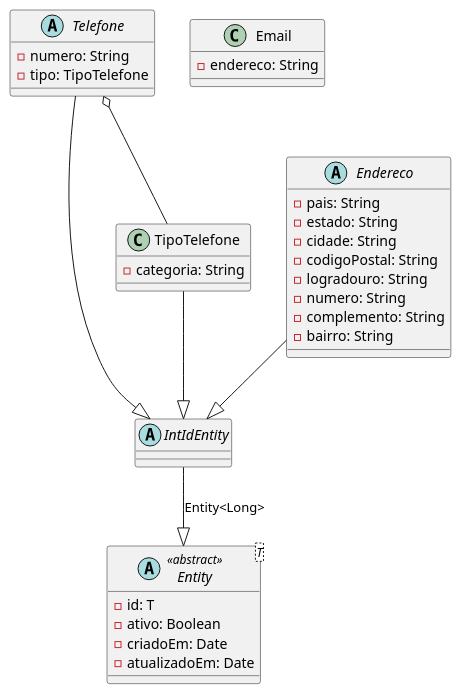
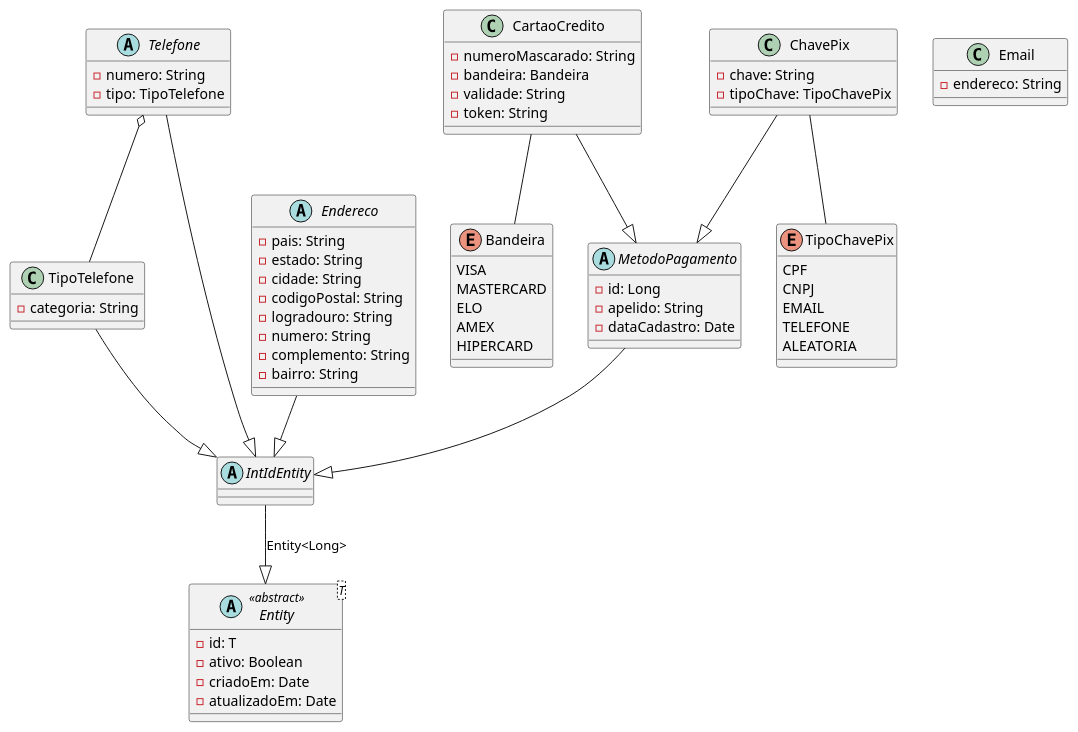
The diagram in docs/classes/core/shared/domain/main.puml (Wesley0010012/DSMA-Requisitos), drawn with PlantUML before and after one commit.

Commit message:
feat: define modelo inicial de pagamento

```diff
--- a/docs/classes/core/shared/domain/main.puml
+++ b/docs/classes/core/shared/domain/main.puml
@@ -1,45 +1,88 @@
 @startuml "Domínio - Módulo Compartilhado"
 
 abstract class "Entity<T>" as EntityT <<abstract>> {
     - id: T
     - ativo: Boolean
     - criadoEm: Date
     - atualizadoEm: Date
 }
 
 abstract class IntIdEntity
 
 class Email {
     - endereco: String
 }
 
 class TipoTelefone {
     - categoria: String
 }
 
 abstract class Telefone {
     - numero: String
     - tipo: TipoTelefone
 }
 
 abstract class Endereco {
     - pais: String
     - estado: String
     - cidade: String
     - codigoPostal: String
     - logradouro: String
     - numero: String
     - complemento: String
     - bairro: String
 }
 
+abstract class MetodoPagamento {
+    - id: Long
+    - apelido: String
+    - dataCadastro: Date
+}
+
+enum TipoChavePix {
+    CPF
+    CNPJ
+    EMAIL
+    TELEFONE
+    ALEATORIA
+}
+
+enum Bandeira {
+    VISA
+    MASTERCARD
+    ELO
+    AMEX
+    HIPERCARD
+}
+
+class CartaoCredito {
+    - numeroMascarado: String
+    - bandeira: Bandeira
+    - validade: String
+    - token: String
+}
+
+class ChavePix {
+    - chave: String
+    - tipoChave: TipoChavePix
+}
+
 Endereco --|> IntIdEntity
 
 IntIdEntity --|> EntityT : Entity<Long>
 Telefone --|> IntIdEntity
 TipoTelefone --|> IntIdEntity
 
 Telefone o-- TipoTelefone
 
+MetodoPagamento --|> IntIdEntity
+
+ChavePix --|> MetodoPagamento
+
+CartaoCredito --|> MetodoPagamento
+
+CartaoCredito -- Bandeira
+ChavePix -- TipoChavePix
+
 
 @enduml
```
